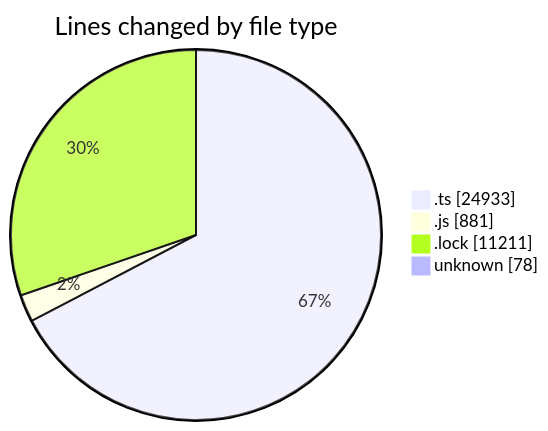
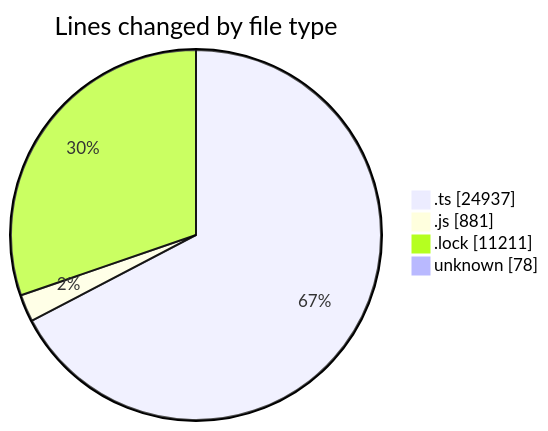
One commit to momahboobian/code-tracking changed the first of 2 diagrams in 2025-05-20/cda/README.md. Above: the diagram before and after it, drawn with Mermaid. The commit also changed other lines of this file and 1 other file, not shown here.

````diff
--- a/2025-05-20/cda/README.md
+++ b/2025-05-20/cda/README.md
@@ -38,8 +38,8 @@
 ```mermaid
 pie showData
 title Lines changed by file type
-".ts" : 24933
+".ts" : 24937
 ".js" : 881
 ".lock" : 11211
 "unknown" : 78
 ```
````
